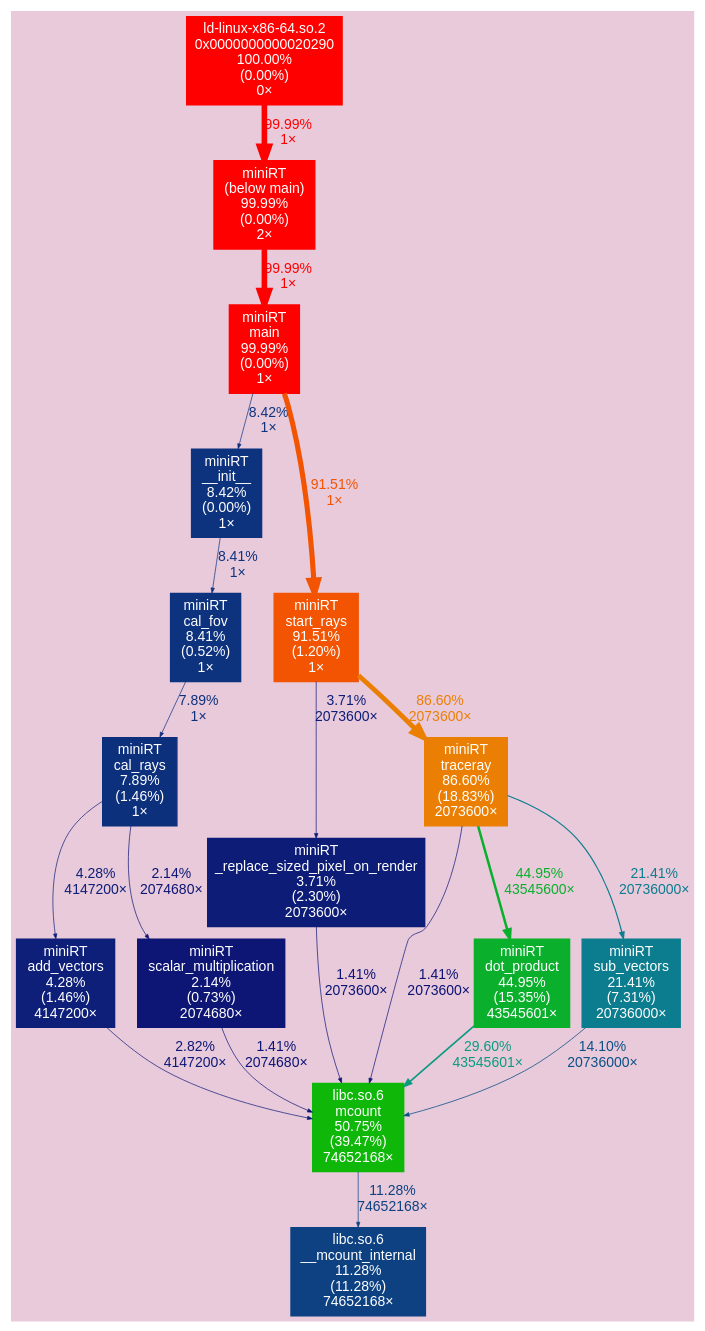
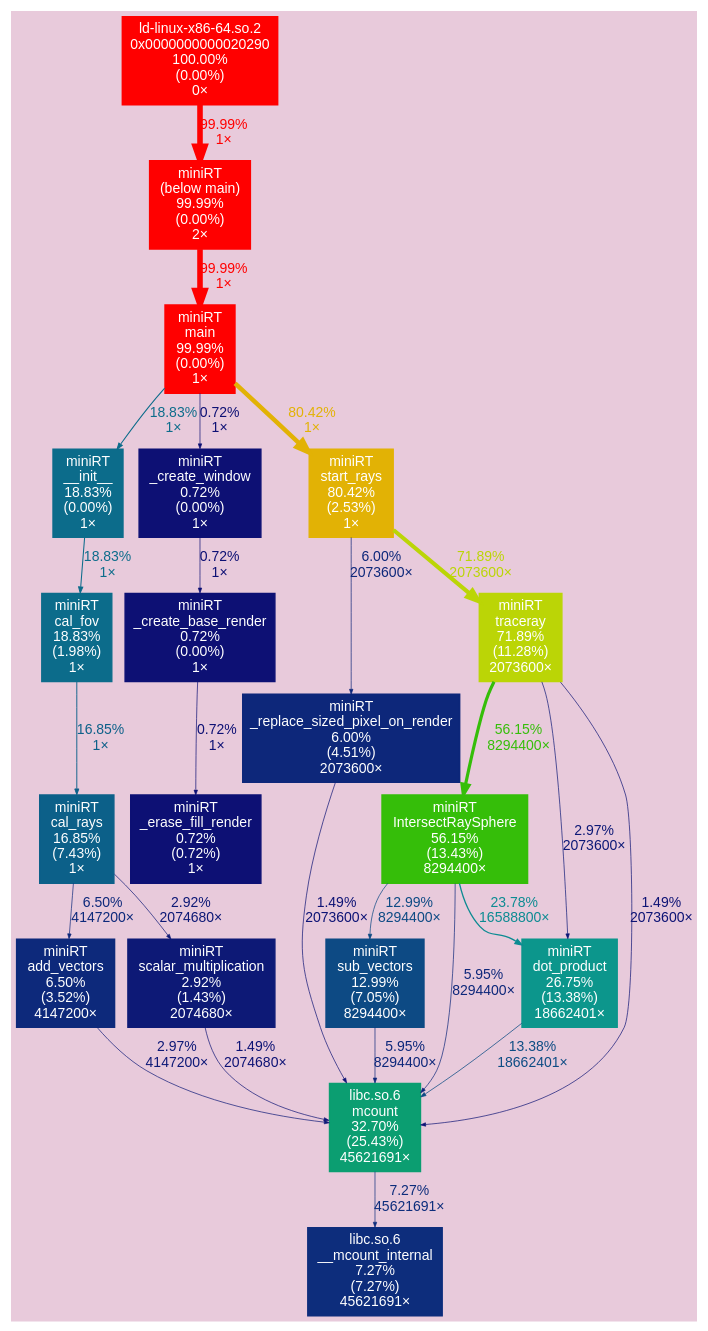
One commit to Miniflint/miniRT changed the diagram in out.dot. Above: the diagram before and after it, drawn with Graphviz. The commit also changed 5 other files, not shown here.

```diff
--- a/out.dot
+++ b/out.dot
@@ -1,41 +1,51 @@
 digraph {
 	tooltip=" "
 	bgcolor="#E8CADB"
 	graph [fontname=Arial, nodesep=0.125, ranksep=0.25];
 	node [fontcolor=white, fontname=Arial, height=0, shape=box, style=filled, width=0];
 	edge [fontname=Arial];
 	"(below main)" [color="#ff0000", fontcolor="#ffffff", fontsize="10.00", label="miniRT\n(below main)\n99.99%\n(0.00%)\n2×"];
 	"(below main)" -> main [arrowsize="1.00", color="#ff0000", fontcolor="#ff0000", fontsize="10.00", label="99.99%\n1×", labeldistance="4.00", penwidth="4.00"];
 	"0x0000000000020290" [color="#ff0000", fontcolor="#ffffff", fontsize="10.00", label="ld-linux-x86-64.so.2\n0x0000000000020290\n100.00%\n(0.00%)\n0×"];
 	"0x0000000000020290" -> "(below main)" [arrowsize="1.00", color="#ff0000", fontcolor="#ff0000", fontsize="10.00", label="99.99%\n1×", labeldistance="4.00", penwidth="4.00"];
-	"__init__" [color="#0d337e", fontcolor="#ffffff", fontsize="10.00", label="miniRT\n__init__\n8.42%\n(0.00%)\n1×"];
-	"__init__" -> "cal_fov" [arrowsize="0.35", color="#0d337e", fontcolor="#0d337e", fontsize="10.00", label="8.41%\n1×", labeldistance="0.50", penwidth="0.50"];
-	"__mcount_internal" [color="#0d4181", fontcolor="#ffffff", fontsize="10.00", label="libc.so.6\n__mcount_internal\n11.28%\n(11.28%)\n74652168×"];
-	"_replace_sized_pixel_on_render" [color="#0d1d77", fontcolor="#ffffff", fontsize="10.00", label="miniRT\n_replace_sized_pixel_on_render\n3.71%\n(2.30%)\n2073600×"];
-	"_replace_sized_pixel_on_render" -> mcount [arrowsize="0.35", color="#0d1375", fontcolor="#0d1375", fontsize="10.00", label="1.41%\n2073600×", labeldistance="0.50", penwidth="0.50"];
-	"add_vectors" [color="#0d1f78", fontcolor="#ffffff", fontsize="10.00", label="miniRT\nadd_vectors\n4.28%\n(1.46%)\n4147200×"];
-	"add_vectors" -> mcount [arrowsize="0.35", color="#0d1976", fontcolor="#0d1976", fontsize="10.00", label="2.82%\n4147200×", labeldistance="0.50", penwidth="0.50"];
-	"cal_fov" [color="#0d337e", fontcolor="#ffffff", fontsize="10.00", label="miniRT\ncal_fov\n8.41%\n(0.52%)\n1×"];
-	"cal_fov" -> "cal_rays" [arrowsize="0.35", color="#0d307d", fontcolor="#0d307d", fontsize="10.00", label="7.89%\n1×", labeldistance="0.50", penwidth="0.50"];
-	"cal_rays" [color="#0d307d", fontcolor="#ffffff", fontsize="10.00", label="miniRT\ncal_rays\n7.89%\n(1.46%)\n1×"];
-	"cal_rays" -> "add_vectors" [arrowsize="0.35", color="#0d1f78", fontcolor="#0d1f78", fontsize="10.00", label="4.28%\n4147200×", labeldistance="0.50", penwidth="0.50"];
-	"cal_rays" -> "scalar_multiplication" [arrowsize="0.35", color="#0d1675", fontcolor="#0d1675", fontsize="10.00", label="2.14%\n2074680×", labeldistance="0.50", penwidth="0.50"];
-	"dot_product" [color="#0aaf2b", fontcolor="#ffffff", fontsize="10.00", label="miniRT\ndot_product\n44.95%\n(15.35%)\n43545601×"];
-	"dot_product" -> mcount [arrowsize="0.54", color="#0c9a7f", fontcolor="#0c9a7f", fontsize="10.00", label="29.60%\n43545601×", labeldistance="1.18", penwidth="1.18"];
+	IntersectRaySphere [color="#35be09", fontcolor="#ffffff", fontsize="10.00", label="miniRT\nIntersectRaySphere\n56.15%\n(13.43%)\n8294400×"];
+	IntersectRaySphere -> "dot_product" [arrowsize="0.49", color="#0c8b92", fontcolor="#0c8b92", fontsize="10.00", label="23.78%\n16588800×", labeldistance="0.95", penwidth="0.95"];
+	IntersectRaySphere -> mcount [arrowsize="0.35", color="#0d277a", fontcolor="#0d277a", fontsize="10.00", label="5.95%\n8294400×", labeldistance="0.50", penwidth="0.50"];
+	IntersectRaySphere -> "sub_vectors" [arrowsize="0.36", color="#0d4a84", fontcolor="#0d4a84", fontsize="10.00", label="12.99%\n8294400×", labeldistance="0.52", penwidth="0.52"];
+	"__init__" [color="#0c6c8b", fontcolor="#ffffff", fontsize="10.00", label="miniRT\n__init__\n18.83%\n(0.00%)\n1×"];
+	"__init__" -> "cal_fov" [arrowsize="0.43", color="#0c6c8b", fontcolor="#0c6c8b", fontsize="10.00", label="18.83%\n1×", labeldistance="0.75", penwidth="0.75"];
+	"__mcount_internal" [color="#0d2d7c", fontcolor="#ffffff", fontsize="10.00", label="libc.so.6\n__mcount_internal\n7.27%\n(7.27%)\n45621691×"];
+	"_create_base_render" [color="#0d1074", fontcolor="#ffffff", fontsize="10.00", label="miniRT\n_create_base_render\n0.72%\n(0.00%)\n1×"];
+	"_create_base_render" -> "_erase_fill_render" [arrowsize="0.35", color="#0d1074", fontcolor="#0d1074", fontsize="10.00", label="0.72%\n1×", labeldistance="0.50", penwidth="0.50"];
+	"_create_window" [color="#0d1074", fontcolor="#ffffff", fontsize="10.00", label="miniRT\n_create_window\n0.72%\n(0.00%)\n1×"];
+	"_create_window" -> "_create_base_render" [arrowsize="0.35", color="#0d1074", fontcolor="#0d1074", fontsize="10.00", label="0.72%\n1×", labeldistance="0.50", penwidth="0.50"];
+	"_erase_fill_render" [color="#0d1074", fontcolor="#ffffff", fontsize="10.00", label="miniRT\n_erase_fill_render\n0.72%\n(0.72%)\n1×"];
+	"_replace_sized_pixel_on_render" [color="#0d277a", fontcolor="#ffffff", fontsize="10.00", label="miniRT\n_replace_sized_pixel_on_render\n6.00%\n(4.51%)\n2073600×"];
+	"_replace_sized_pixel_on_render" -> mcount [arrowsize="0.35", color="#0d1375", fontcolor="#0d1375", fontsize="10.00", label="1.49%\n2073600×", labeldistance="0.50", penwidth="0.50"];
+	"add_vectors" [color="#0d297b", fontcolor="#ffffff", fontsize="10.00", label="miniRT\nadd_vectors\n6.50%\n(3.52%)\n4147200×"];
+	"add_vectors" -> mcount [arrowsize="0.35", color="#0d1977", fontcolor="#0d1977", fontsize="10.00", label="2.97%\n4147200×", labeldistance="0.50", penwidth="0.50"];
+	"cal_fov" [color="#0c6c8b", fontcolor="#ffffff", fontsize="10.00", label="miniRT\ncal_fov\n18.83%\n(1.98%)\n1×"];
+	"cal_fov" -> "cal_rays" [arrowsize="0.41", color="#0c6089", fontcolor="#0c6089", fontsize="10.00", label="16.85%\n1×", labeldistance="0.67", penwidth="0.67"];
+	"cal_rays" [color="#0c6089", fontcolor="#ffffff", fontsize="10.00", label="miniRT\ncal_rays\n16.85%\n(7.43%)\n1×"];
+	"cal_rays" -> "add_vectors" [arrowsize="0.35", color="#0d297b", fontcolor="#0d297b", fontsize="10.00", label="6.50%\n4147200×", labeldistance="0.50", penwidth="0.50"];
+	"cal_rays" -> "scalar_multiplication" [arrowsize="0.35", color="#0d1976", fontcolor="#0d1976", fontsize="10.00", label="2.92%\n2074680×", labeldistance="0.50", penwidth="0.50"];
+	"dot_product" [color="#0c968c", fontcolor="#ffffff", fontsize="10.00", label="miniRT\ndot_product\n26.75%\n(13.38%)\n18662401×"];
+	"dot_product" -> mcount [arrowsize="0.37", color="#0d4c84", fontcolor="#0d4c84", fontsize="10.00", label="13.38%\n18662401×", labeldistance="0.54", penwidth="0.54"];
 	main [color="#ff0000", fontcolor="#ffffff", fontsize="10.00", label="miniRT\nmain\n99.99%\n(0.00%)\n1×"];
-	main -> "__init__" [arrowsize="0.35", color="#0d337e", fontcolor="#0d337e", fontsize="10.00", label="8.42%\n1×", labeldistance="0.50", penwidth="0.50"];
-	main -> "start_rays" [arrowsize="0.96", color="#f25402", fontcolor="#f25402", fontsize="10.00", label="91.51%\n1×", labeldistance="3.66", penwidth="3.66"];
-	mcount [color="#0fb709", fontcolor="#ffffff", fontsize="10.00", label="libc.so.6\nmcount\n50.75%\n(39.47%)\n74652168×"];
-	mcount -> "__mcount_internal" [arrowsize="0.35", color="#0d4181", fontcolor="#0d4181", fontsize="10.00", label="11.28%\n74652168×", labeldistance="0.50", penwidth="0.50"];
-	"scalar_multiplication" [color="#0d1675", fontcolor="#ffffff", fontsize="10.00", label="miniRT\nscalar_multiplication\n2.14%\n(0.73%)\n2074680×"];
-	"scalar_multiplication" -> mcount [arrowsize="0.35", color="#0d1375", fontcolor="#0d1375", fontsize="10.00", label="1.41%\n2074680×", labeldistance="0.50", penwidth="0.50"];
-	"start_rays" [color="#f25402", fontcolor="#ffffff", fontsize="10.00", label="miniRT\nstart_rays\n91.51%\n(1.20%)\n1×"];
-	"start_rays" -> "_replace_sized_pixel_on_render" [arrowsize="0.35", color="#0d1d77", fontcolor="#0d1d77", fontsize="10.00", label="3.71%\n2073600×", labeldistance="0.50", penwidth="0.50"];
-	"start_rays" -> traceray [arrowsize="0.93", color="#eb7f03", fontcolor="#eb7f03", fontsize="10.00", label="86.60%\n2073600×", labeldistance="3.46", penwidth="3.46"];
-	"sub_vectors" [color="#0c7c8f", fontcolor="#ffffff", fontsize="10.00", label="miniRT\nsub_vectors\n21.41%\n(7.31%)\n20736000×"];
-	"sub_vectors" -> mcount [arrowsize="0.38", color="#0c5085", fontcolor="#0c5085", fontsize="10.00", label="14.10%\n20736000×", labeldistance="0.56", penwidth="0.56"];
-	traceray [color="#eb7f03", fontcolor="#ffffff", fontsize="10.00", label="miniRT\ntraceray\n86.60%\n(18.83%)\n2073600×"];
-	traceray -> "dot_product" [arrowsize="0.67", color="#0aaf2b", fontcolor="#0aaf2b", fontsize="10.00", label="44.95%\n43545600×", labeldistance="1.80", penwidth="1.80"];
-	traceray -> mcount [arrowsize="0.35", color="#0d1375", fontcolor="#0d1375", fontsize="10.00", label="1.41%\n2073600×", labeldistance="0.50", penwidth="0.50"];
-	traceray -> "sub_vectors" [arrowsize="0.46", color="#0c7c8f", fontcolor="#0c7c8f", fontsize="10.00", label="21.41%\n20736000×", labeldistance="0.86", penwidth="0.86"];
+	main -> "__init__" [arrowsize="0.43", color="#0c6c8b", fontcolor="#0c6c8b", fontsize="10.00", label="18.83%\n1×", labeldistance="0.75", penwidth="0.75"];
+	main -> "_create_window" [arrowsize="0.35", color="#0d1074", fontcolor="#0d1074", fontsize="10.00", label="0.72%\n1×", labeldistance="0.50", penwidth="0.50"];
+	main -> "start_rays" [arrowsize="0.90", color="#e2b205", fontcolor="#e2b205", fontsize="10.00", label="80.42%\n1×", labeldistance="3.22", penwidth="3.22"];
+	mcount [color="#0b9e71", fontcolor="#ffffff", fontsize="10.00", label="libc.so.6\nmcount\n32.70%\n(25.43%)\n45621691×"];
+	mcount -> "__mcount_internal" [arrowsize="0.35", color="#0d2d7c", fontcolor="#0d2d7c", fontsize="10.00", label="7.27%\n45621691×", labeldistance="0.50", penwidth="0.50"];
+	"scalar_multiplication" [color="#0d1976", fontcolor="#ffffff", fontsize="10.00", label="miniRT\nscalar_multiplication\n2.92%\n(1.43%)\n2074680×"];
+	"scalar_multiplication" -> mcount [arrowsize="0.35", color="#0d1375", fontcolor="#0d1375", fontsize="10.00", label="1.49%\n2074680×", labeldistance="0.50", penwidth="0.50"];
+	"start_rays" [color="#e2b205", fontcolor="#ffffff", fontsize="10.00", label="miniRT\nstart_rays\n80.42%\n(2.53%)\n1×"];
+	"start_rays" -> "_replace_sized_pixel_on_render" [arrowsize="0.35", color="#0d277a", fontcolor="#0d277a", fontsize="10.00", label="6.00%\n2073600×", labeldistance="0.50", penwidth="0.50"];
+	"start_rays" -> traceray [arrowsize="0.85", color="#bbd506", fontcolor="#bbd506", fontsize="10.00", label="71.89%\n2073600×", labeldistance="2.88", penwidth="2.88"];
+	"sub_vectors" [color="#0d4a84", fontcolor="#ffffff", fontsize="10.00", label="miniRT\nsub_vectors\n12.99%\n(7.05%)\n8294400×"];
+	"sub_vectors" -> mcount [arrowsize="0.35", color="#0d277a", fontcolor="#0d277a", fontsize="10.00", label="5.95%\n8294400×", labeldistance="0.50", penwidth="0.50"];
+	traceray [color="#bbd506", fontcolor="#ffffff", fontsize="10.00", label="miniRT\ntraceray\n71.89%\n(11.28%)\n2073600×"];
+	traceray -> IntersectRaySphere [arrowsize="0.75", color="#35be09", fontcolor="#35be09", fontsize="10.00", label="56.15%\n8294400×", labeldistance="2.25", penwidth="2.25"];
+	traceray -> "dot_product" [arrowsize="0.35", color="#0d1977", fontcolor="#0d1977", fontsize="10.00", label="2.97%\n2073600×", labeldistance="0.50", penwidth="0.50"];
+	traceray -> mcount [arrowsize="0.35", color="#0d1375", fontcolor="#0d1375", fontsize="10.00", label="1.49%\n2073600×", labeldistance="0.50", penwidth="0.50"];
 }
```
